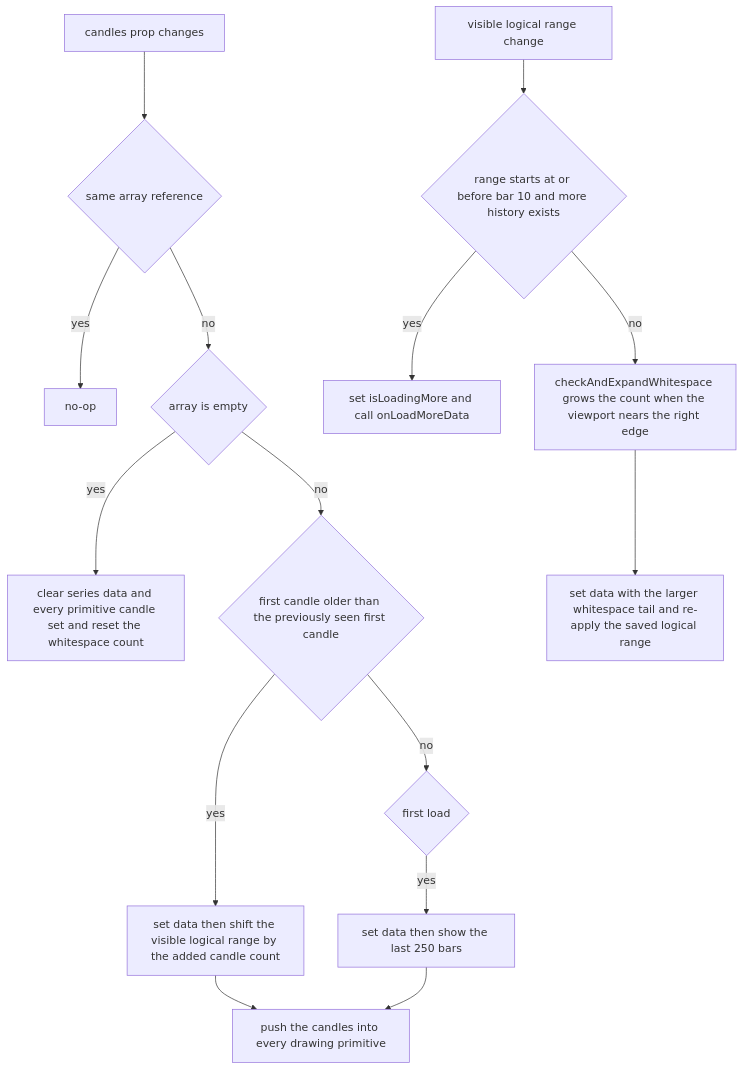
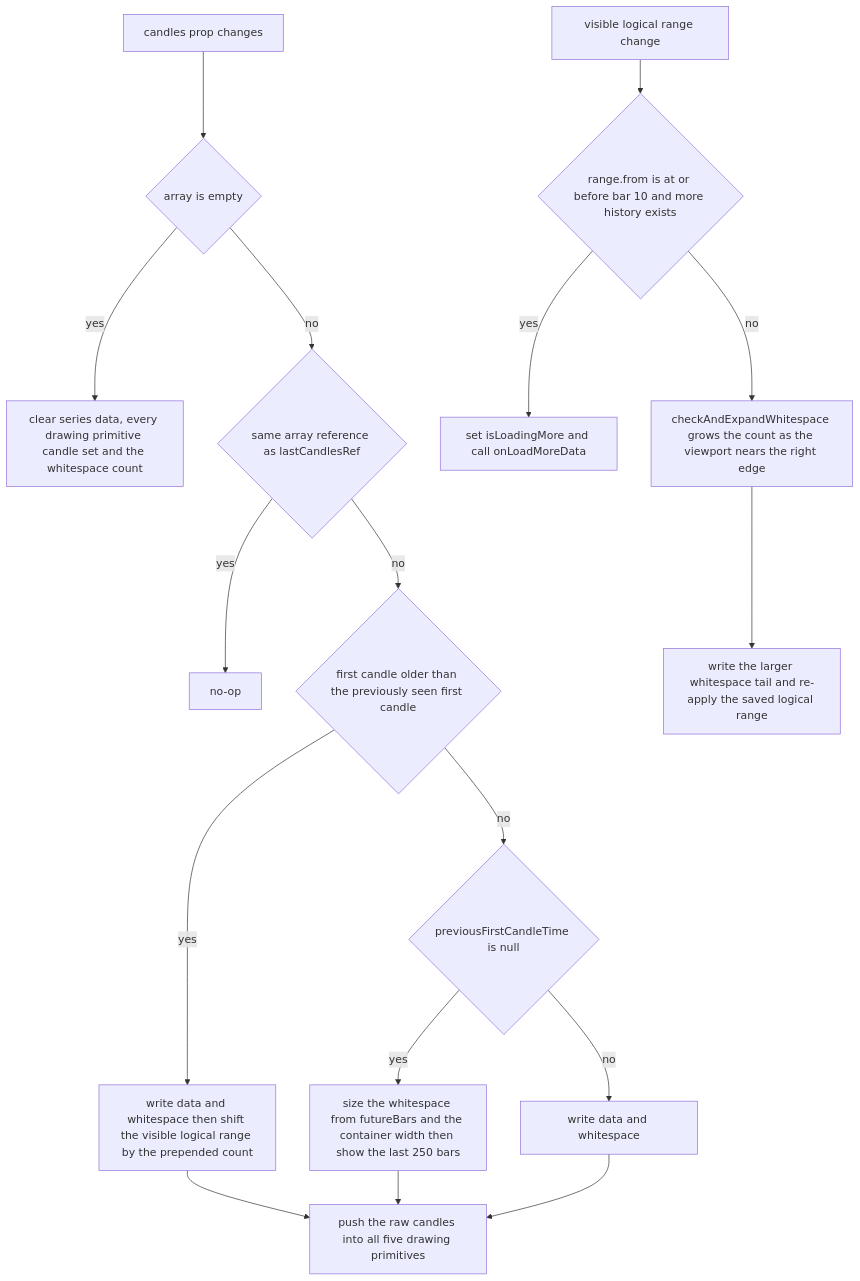
Before and after one commit to havekes/retail-portfolio: the second of 3 diagrams in openwiki/architecture/charting.md, drawn with Mermaid. The commit also changed other lines of this file and 51 other files, not shown here.

````diff
--- a/openwiki/architecture/charting.md
+++ b/openwiki/architecture/charting.md
@@ -155,17 +196,19 @@
 ```mermaid
 flowchart TD
-    CHANGE["candles prop changes"] --> REF{"same array reference"}
-    REF -- "yes" --> NOOP["no-op"]
-    REF -- "no" --> EMPTY{"array is empty"}
-    EMPTY -- "yes" --> CLEAR["clear series data and every primitive candle set and reset the whitespace count"]
-    EMPTY -- "no" --> PREPEND{"first candle older than the previously seen first candle"}
-    PREPEND -- "yes" --> SHIFT["set data then shift the visible logical range by the added candle count"]
-    PREPEND -- "no" --> FIRST{"first load"}
-    FIRST -- "yes" --> WINDOW["set data then show the last 250 bars"]
-    SHIFT --> PUSH["push the candles into every drawing primitive"]
+    CHANGE["candles prop changes"] --> EMPTY{"array is empty"}
+    EMPTY -- "yes" --> CLEAR["clear series data, every drawing primitive candle set and the whitespace count"]
+    EMPTY -- "no" --> SAME{"same array reference as lastCandlesRef"}
+    SAME -- "yes" --> NOOP["no-op"]
+    SAME -- "no" --> PREPEND{"first candle older than the previously seen first candle"}
+    PREPEND -- "yes" --> SHIFT["write data and whitespace then shift the visible logical range by the prepended count"]
+    PREPEND -- "no" --> FIRST{"previousFirstCandleTime is null"}
+    FIRST -- "yes" --> WINDOW["size the whitespace from futureBars and the container width then show the last 250 bars"]
+    FIRST -- "no" --> WRITE["write data and whitespace"]
+    SHIFT --> PUSH["push the raw candles into all five drawing primitives"]
     WINDOW --> PUSH
-    RANGE["visible logical range change"] --> PAGINATION{"range starts at or before bar 10 and more history exists"}
+    WRITE --> PUSH
+    RANGE["visible logical range change"] --> PAGINATION{"range.from is at or before bar 10 and more history exists"}
     PAGINATION -- "yes" --> LOADMORE["set isLoadingMore and call onLoadMoreData"]
-    PAGINATION -- "no" --> EXPAND["checkAndExpandWhitespace grows the count when the viewport nears the right edge"]
-    EXPAND --> SAVED["set data with the larger whitespace tail and re-apply the saved logical range"]
+    PAGINATION -- "no" --> EXPAND["checkAndExpandWhitespace grows the count as the viewport nears the right edge"]
+    EXPAND --> SAVED["write the larger whitespace tail and re-apply the saved logical range"]
 ```
````
